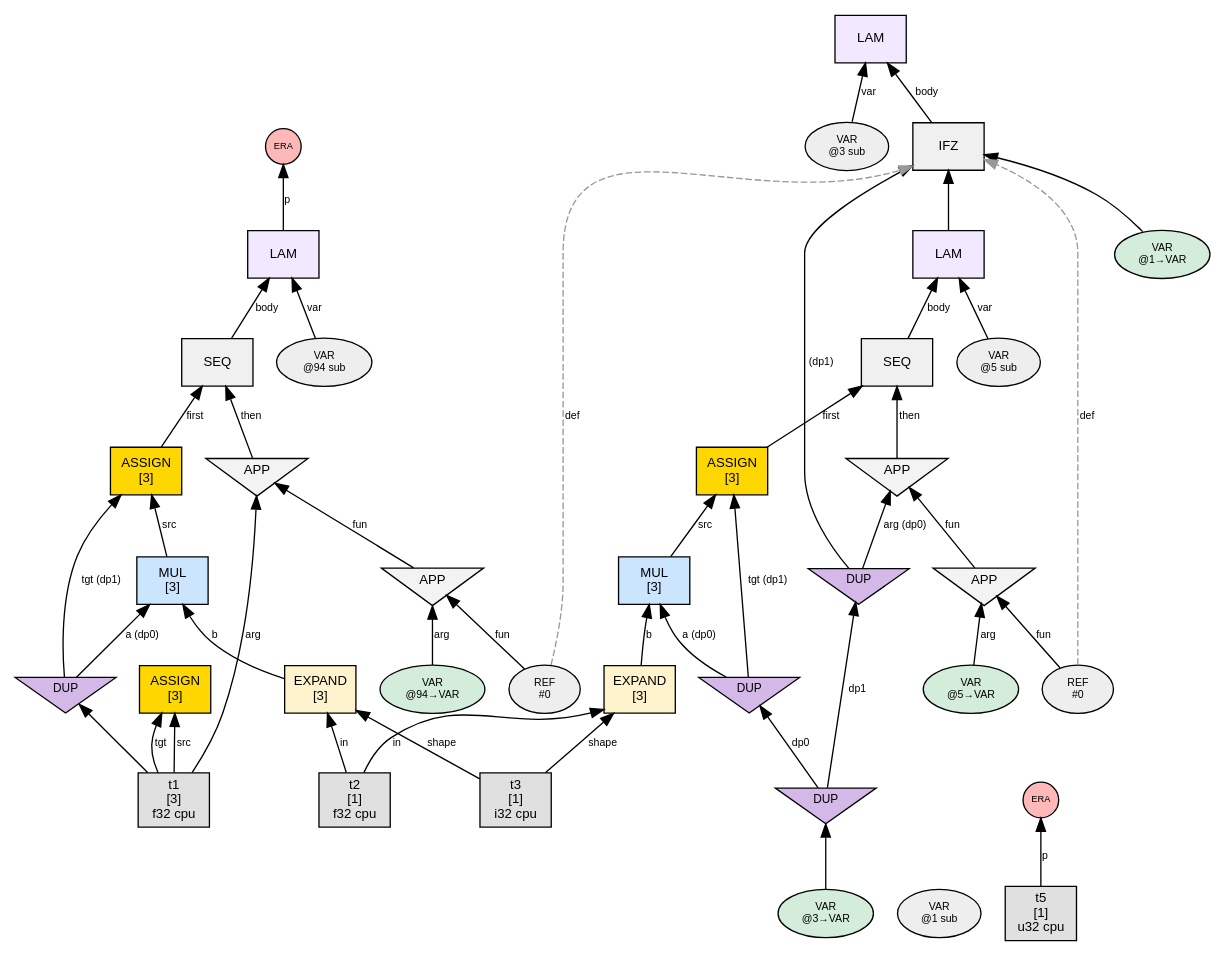
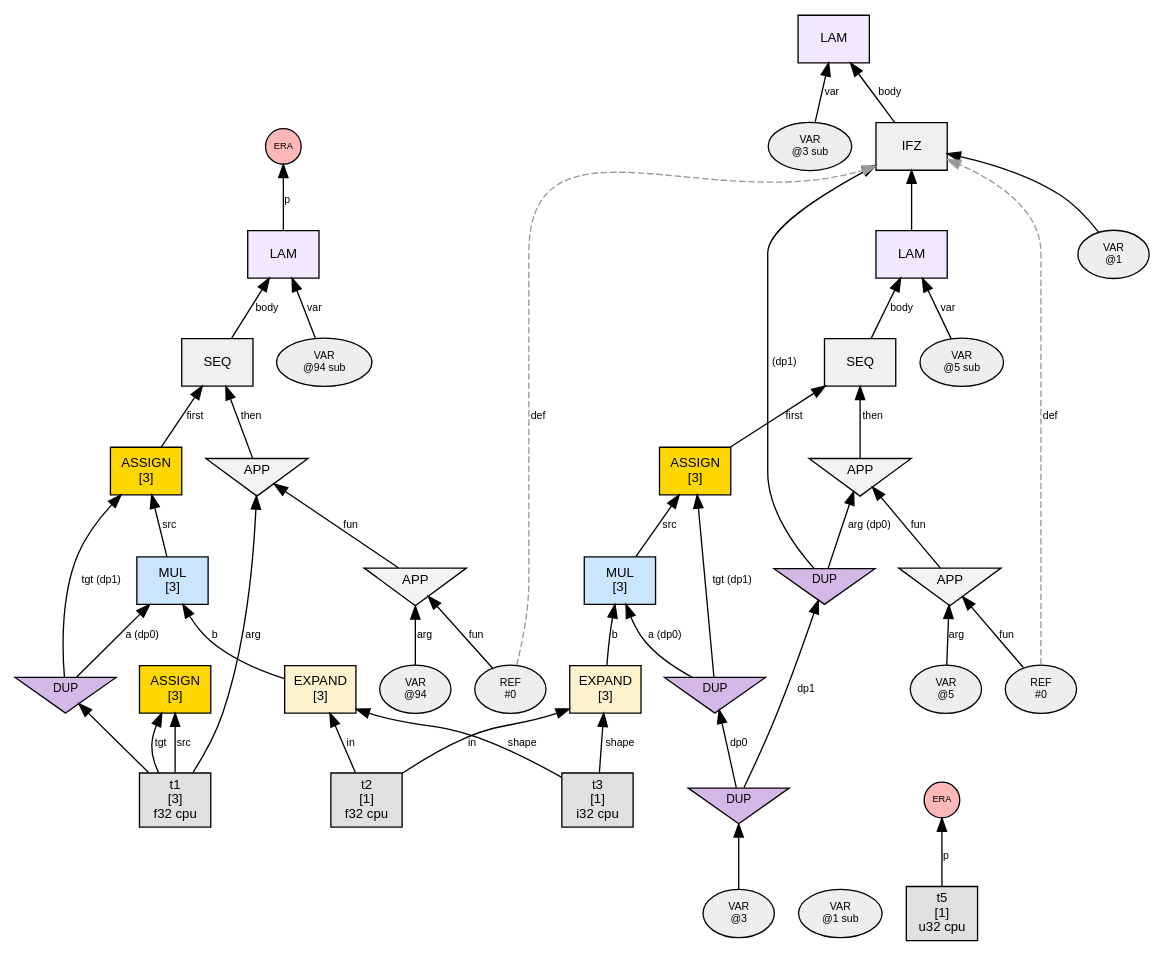
Before and after one commit to sw1sh/TinyHVM: the diagram in phase2_graphs/loop_assign_simple/n1_post_dispatch.dot, drawn with Graphviz. The commit also changed 106 other files, not shown here.

```diff
--- a/phase2_graphs/loop_assign_simple/n1_post_dispatch.dot
+++ b/phase2_graphs/loop_assign_simple/n1_post_dispatch.dot
@@ -1,86 +1,86 @@
 digraph G {
   rankdir=BT;
   node [fontname="Helvetica", fontsize=10, style=filled, shape=box, margin="0.1,0.05"];
   edge [fontsize=8, fontname="Helvetica"];
 
   t1 [label="t1\n[3]\nf32 cpu",shape=box,fillcolor="#e0e0e0"];
   var1 [label="VAR\n@1 sub", shape=oval, fillcolor="#eeeeee", fontsize=8];
   n3 [label="LAM", shape=box, fillcolor="#f2e8ff"];
   var3 [label="VAR\n@3 sub", shape=oval, fillcolor="#eeeeee", fontsize=8];
   var3 -> n3 [label="var"];
   n26 -> n3 [label="body"];
   n26 [label="IFZ", shape=box, fillcolor="#f0f0f0"];
-  var26 [label="VAR\n@1→VAR", shape=oval, fillcolor="#d4edda", fontsize=8];
+  var26 [label="VAR\n@1", shape=oval, fillcolor="#eeeeee", fontsize=8];
   var26 -> n26 [label=""];
   dup9 [label="DUP", shape=invtriangle, fillcolor="#d4b8e8", fontsize=9, width=0.7, height=0.5];
   dup7 -> dup9 [label="dp1"];
   dup7 [label="DUP", shape=invtriangle, fillcolor="#d4b8e8", fontsize=9, width=0.7, height=0.5];
-  var7 [label="VAR\n@3→VAR", shape=oval, fillcolor="#d4edda", fontsize=8];
+  var7 [label="VAR\n@3", shape=oval, fillcolor="#eeeeee", fontsize=8];
   var7 -> dup7;
   dup9 -> n26 [label=" (dp1)"];
   n5 -> n26 [label=""];
   var5 [label="VAR\n@5 sub", shape=oval, fillcolor="#eeeeee", fontsize=8];
   n24 [label="SEQ", shape=box, fillcolor="#f0f0f0"];
   n18 -> n24 [label="first"];
   n22 -> n24 [label="then"];
   n10 [label="EXPAND\n[3]", shape=box, fillcolor="#fff3cd"];
   t2 [label="t2\n[1]\nf32 cpu",shape=box,fillcolor="#e0e0e0"];
   t2 -> n10 [label="in"];
   t3 [label="t3\n[1]\ni32 cpu",shape=box,fillcolor="#e0e0e0"];
   t3 -> n10 [label="shape"];
   n14 [label="MUL\n[3]", shape=box, fillcolor="#cce5ff"];
   dup8 [label="DUP", shape=invtriangle, fillcolor="#d4b8e8", fontsize=9, width=0.7, height=0.5];
   dup7 -> dup8 [label="dp0"];
   dup8 -> n14 [label="a (dp0)"];
   n10 -> n14 [label="b"];
   ref20 [label="REF\n#0", shape=oval, fillcolor="#eeeeee", fontsize=8];
   ref20 -> n26 [style=dashed, color="#999999", label="def"];
+  var21 [label="VAR\n@5", shape=oval, fillcolor="#eeeeee", fontsize=8];
   n20 [label="APP", shape=invtriangle, fillcolor="#f3f3f3"];
   ref20 -> n20 [label="fun"];
-  var21 [label="VAR\n@5→VAR", shape=oval, fillcolor="#d4edda", fontsize=8];
   var21 -> n20 [label="arg"];
   n18 [label="ASSIGN\n[3]", shape=box, fillcolor="#ffd700"];
   dup8 -> n18 [label="tgt (dp1)"];
   n14 -> n18 [label="src"];
   n22 [label="APP", shape=invtriangle, fillcolor="#f3f3f3"];
   n20 -> n22 [label="fun"];
   dup9 -> n22 [label="arg (dp0)"];
   n5 [label="LAM", shape=box, fillcolor="#f2e8ff"];
   var5 -> n5 [label="var"];
   n24 -> n5 [label="body"];
   n47 [label="ASSIGN\n[3]", shape=box, fillcolor="#ffd700"];
   t1 -> n47 [label="tgt"];
   t1 -> n47 [label="src"];
   n94 [label="LAM", shape=box, fillcolor="#f2e8ff"];
   var94 [label="VAR\n@94 sub", shape=oval, fillcolor="#eeeeee", fontsize=8];
   var94 -> n94 [label="var"];
   n96 -> n94 [label="body"];
   n96 [label="SEQ", shape=box, fillcolor="#f0f0f0"];
   n98 -> n96 [label="first"];
   n105 -> n96 [label="then"];
   n98 [label="ASSIGN\n[3]", shape=box, fillcolor="#ffd700"];
   dup100 [label="DUP", shape=invtriangle, fillcolor="#d4b8e8", fontsize=9, width=0.7, height=0.5];
   t1 -> dup100;
   dup100 -> n98 [label="tgt (dp1)"];
   n101 -> n98 [label="src"];
   n105 [label="APP", shape=invtriangle, fillcolor="#f3f3f3"];
   n107 -> n105 [label="fun"];
   t1 -> n105 [label="arg"];
   n101 [label="MUL\n[3]", shape=box, fillcolor="#cce5ff"];
   dup100 -> n101 [label="a (dp0)"];
   n103 -> n101 [label="b"];
   n103 [label="EXPAND\n[3]", shape=box, fillcolor="#fff3cd"];
   t2 -> n103 [label="in"];
   t3 -> n103 [label="shape"];
   n107 [label="APP", shape=invtriangle, fillcolor="#f3f3f3"];
   ref107 [label="REF\n#0", shape=oval, fillcolor="#eeeeee", fontsize=8];
   ref107 -> n107 [label="fun"];
-  var108 [label="VAR\n@94→VAR", shape=oval, fillcolor="#d4edda", fontsize=8];
+  var108 [label="VAR\n@94", shape=oval, fillcolor="#eeeeee", fontsize=8];
   var108 -> n107 [label="arg"];
   ref107 -> n26 [style=dashed, color="#999999", label="def"];
   era110 [label="ERA",shape=circle,width=0.38,height=0.38,fixedsize=true,fillcolor="#ffb8b8",fontsize=7];
   t5 [label="t5\n[1]\nu32 cpu",shape=box,fillcolor="#e0e0e0"];
   t5 -> era110 [label="p"];
   era112 [label="ERA",shape=circle,width=0.38,height=0.38,fixedsize=true,fillcolor="#ffb8b8",fontsize=7];
   n94 -> era112 [label="p"];
 }
```
